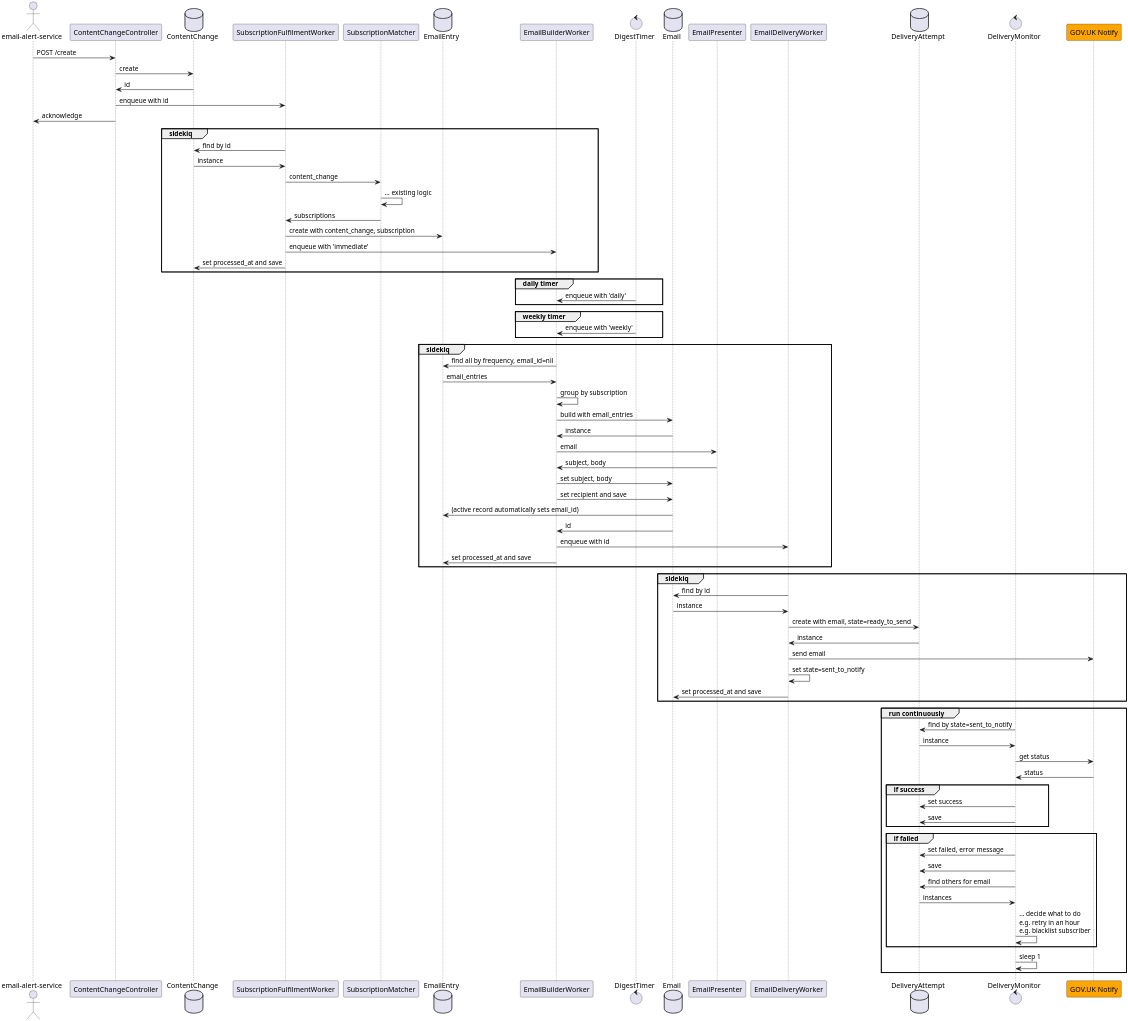
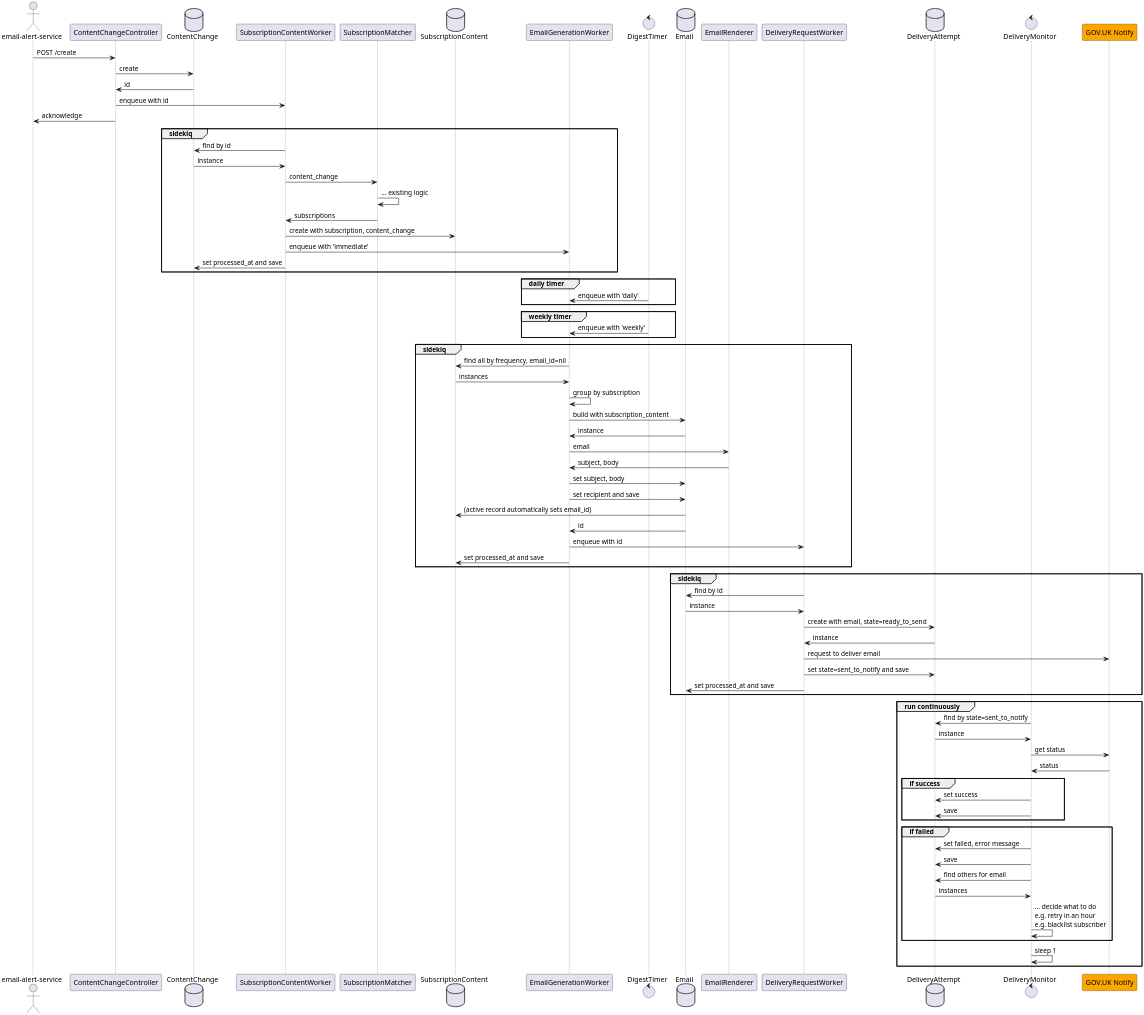
Before and after one commit to alphagov/email-alert-api: the diagram in doc/sequence_diagram.puml, drawn with PlantUML. The commit also changed 3 other files, not shown here.

```diff
--- a/doc/sequence_diagram.puml
+++ b/doc/sequence_diagram.puml
@@ -1,93 +1,93 @@
 @startuml
 
 skinparam dpi 300
 
 actor email_alert_service as "email-alert-service"
 participant controller as "ContentChangeController"
 database content_change as "ContentChange"
-participant subscription_fulfilment_worker as "SubscriptionFulfilmentWorker"
+participant subscription_content_worker as "SubscriptionContentWorker"
 participant subscription_matcher as "SubscriptionMatcher"
-database email_entry as "EmailEntry"
-participant email_builder_worker as "EmailBuilderWorker"
+database subscription_content as "SubscriptionContent"
+participant email_generation_worker as "EmailGenerationWorker"
 control digest_timer as "DigestTimer"
 database email as "Email"
-participant email_presenter as "EmailPresenter"
-participant email_delivery_worker as "EmailDeliveryWorker"
+participant email_renderer as "EmailRenderer"
+participant delivery_request_worker as "DeliveryRequestWorker"
 database delivery_attempt as "DeliveryAttempt"
 control delivery_monitor as "DeliveryMonitor"
 participant govuk_notify as "GOV.UK Notify" #orange
 
 email_alert_service -> controller : POST /create
 controller -> content_change : create
 content_change -> controller : id
-controller -> subscription_fulfilment_worker : enqueue with id
+controller -> subscription_content_worker : enqueue with id
 controller -> email_alert_service : acknowledge
 
 group sidekiq
-  subscription_fulfilment_worker -> content_change : find by id
-  content_change -> subscription_fulfilment_worker : instance
-  subscription_fulfilment_worker -> subscription_matcher : content_change
+  subscription_content_worker -> content_change : find by id
+  content_change -> subscription_content_worker : instance
+  subscription_content_worker -> subscription_matcher : content_change
   subscription_matcher -> subscription_matcher : ... existing logic
-  subscription_matcher -> subscription_fulfilment_worker : subscriptions
-  subscription_fulfilment_worker -> email_entry : create with content_change, subscription
-  subscription_fulfilment_worker -> email_builder_worker : enqueue with 'immediate'
-  subscription_fulfilment_worker -> content_change : set processed_at and save
+  subscription_matcher -> subscription_content_worker : subscriptions
+  subscription_content_worker -> subscription_content : create with subscription, content_change
+  subscription_content_worker -> email_generation_worker : enqueue with 'immediate'
+  subscription_content_worker -> content_change : set processed_at and save
 end group
 
 group daily timer
-  digest_timer -> email_builder_worker : enqueue with 'daily'
+  digest_timer -> email_generation_worker : enqueue with 'daily'
 end
 
 group weekly timer
-  digest_timer -> email_builder_worker : enqueue with 'weekly'
+  digest_timer -> email_generation_worker : enqueue with 'weekly'
 end
 
 group sidekiq
-  email_builder_worker -> email_entry : find all by frequency, email_id=nil
-  email_entry -> email_builder_worker : email_entries
-  email_builder_worker -> email_builder_worker : group by subscription
-  email_builder_worker -> email : build with email_entries
-  email -> email_builder_worker : instance
-  email_builder_worker -> email_presenter : email
-  email_presenter -> email_builder_worker : subject, body
-  email_builder_worker -> email : set subject, body
-  email_builder_worker -> email : set recipient and save
-  email -> email_entry : (active record automatically sets email_id)
-  email -> email_builder_worker : id
-  email_builder_worker -> email_delivery_worker : enqueue with id
-  email_builder_worker -> email_entry : set processed_at and save
+  email_generation_worker -> subscription_content : find all by frequency, email_id=nil
+  subscription_content -> email_generation_worker : instances
+  email_generation_worker -> email_generation_worker : group by subscription
+  email_generation_worker -> email : build with subscription_content
+  email -> email_generation_worker : instance
+  email_generation_worker -> email_renderer : email
+  email_renderer -> email_generation_worker : subject, body
+  email_generation_worker -> email : set subject, body
+  email_generation_worker -> email : set recipient and save
+  email -> subscription_content : (active record automatically sets email_id)
+  email -> email_generation_worker : id
+  email_generation_worker -> delivery_request_worker : enqueue with id
+  email_generation_worker -> subscription_content : set processed_at and save
 end
 
 group sidekiq
-  email_delivery_worker -> email : find by id
-  email -> email_delivery_worker : instance
-  email_delivery_worker -> delivery_attempt : create with email, state=ready_to_send
-  delivery_attempt -> email_delivery_worker : instance
-  email_delivery_worker -> govuk_notify : send email
-  email_delivery_worker -> email_delivery_worker : set state=sent_to_notify
-  email_delivery_worker -> email : set processed_at and save
+  delivery_request_worker -> email : find by id
+  email -> delivery_request_worker : instance
+  delivery_request_worker -> delivery_attempt : create with email, state=ready_to_send
+  delivery_attempt -> delivery_request_worker : instance
+  delivery_request_worker -> govuk_notify : request to deliver email
+  delivery_request_worker -> delivery_attempt : set state=sent_to_notify and save
+  delivery_request_worker -> email : set processed_at and save
 end group
 
 group run continuously
   delivery_monitor -> delivery_attempt : find by state=sent_to_notify
   delivery_attempt -> delivery_monitor : instance
   delivery_monitor -> govuk_notify : get status
   govuk_notify -> delivery_monitor : status
 
   group if success
     delivery_monitor -> delivery_attempt : set success
     delivery_monitor -> delivery_attempt : save
   end group
 
   group if failed
     delivery_monitor -> delivery_attempt : set failed, error message
     delivery_monitor -> delivery_attempt : save
     delivery_monitor -> delivery_attempt : find others for email
     delivery_attempt -> delivery_monitor : instances
     delivery_monitor -> delivery_monitor : ... decide what to do\ne.g. retry in an hour\ne.g. blacklist subscriber
   end group
 
   delivery_monitor -> delivery_monitor : sleep 1
 end group
 
 @enduml
```
